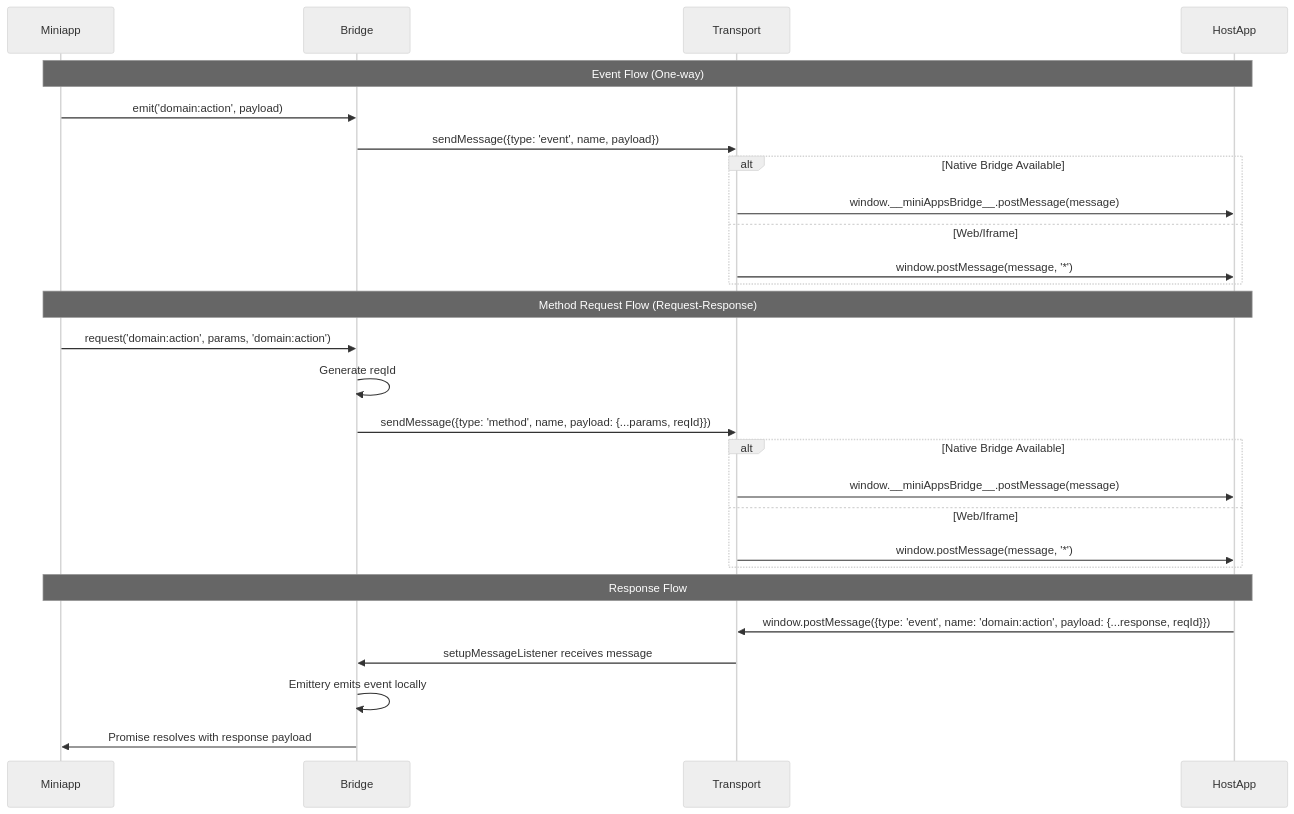
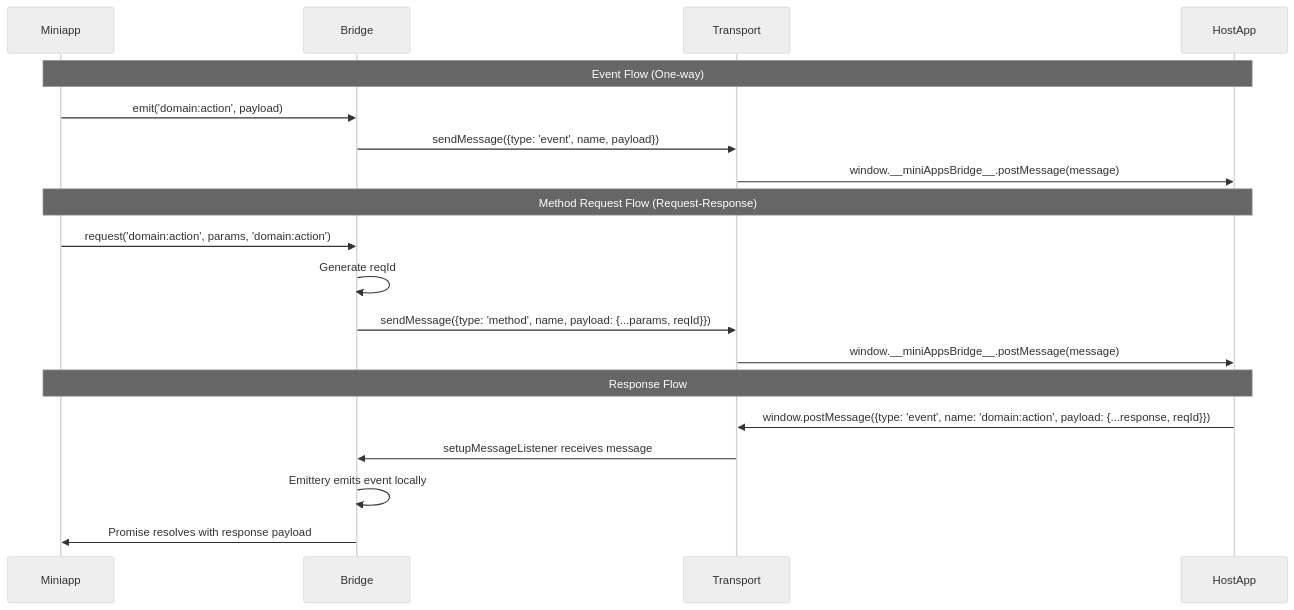
Before and after one commit to alien-id/miniapp-sdk: the diagram in docs/bridge.md, drawn with Mermaid (neutral theme). The commit also changed other lines of this file and 26 other files, not shown here.

Commit message:
refactor: update docs, fix type safety, remove host app example

````diff
--- a/docs/bridge.md
+++ b/docs/bridge.md
@@ -20,32 +17,24 @@
 ```mermaid
 sequenceDiagram
     participant Miniapp
     participant Bridge
     participant Transport
     participant HostApp
 
     Note over Miniapp,HostApp: Event Flow (One-way)
     Miniapp->>Bridge: emit('domain:action', payload)
     Bridge->>Transport: sendMessage({type: 'event', name, payload})
-    alt Native Bridge Available
-        Transport->>HostApp: window.__miniAppsBridge__.postMessage(message)
-    else Web/Iframe
-        Transport->>HostApp: window.postMessage(message, '*')
-    end
+    Transport->>HostApp: window.__miniAppsBridge__.postMessage(message)
     
     Note over Miniapp,HostApp: Method Request Flow (Request-Response)
     Miniapp->>Bridge: request('domain:action', params, 'domain:action')
     Bridge->>Bridge: Generate reqId
     Bridge->>Transport: sendMessage({type: 'method', name, payload: {...params, reqId}})
-    alt Native Bridge Available
-        Transport->>HostApp: window.__miniAppsBridge__.postMessage(message)
-    else Web/Iframe
-        Transport->>HostApp: window.postMessage(message, '*')
-    end
+    Transport->>HostApp: window.__miniAppsBridge__.postMessage(message)
     
     Note over HostApp,Miniapp: Response Flow
     HostApp->>Transport: window.postMessage({type: 'event', name: 'domain:action', payload: {...response, reqId}})
     Transport->>Bridge: setupMessageListener receives message
     Bridge->>Bridge: Emittery emits event locally
     Bridge->>Miniapp: Promise resolves with response payload
 ```
````
